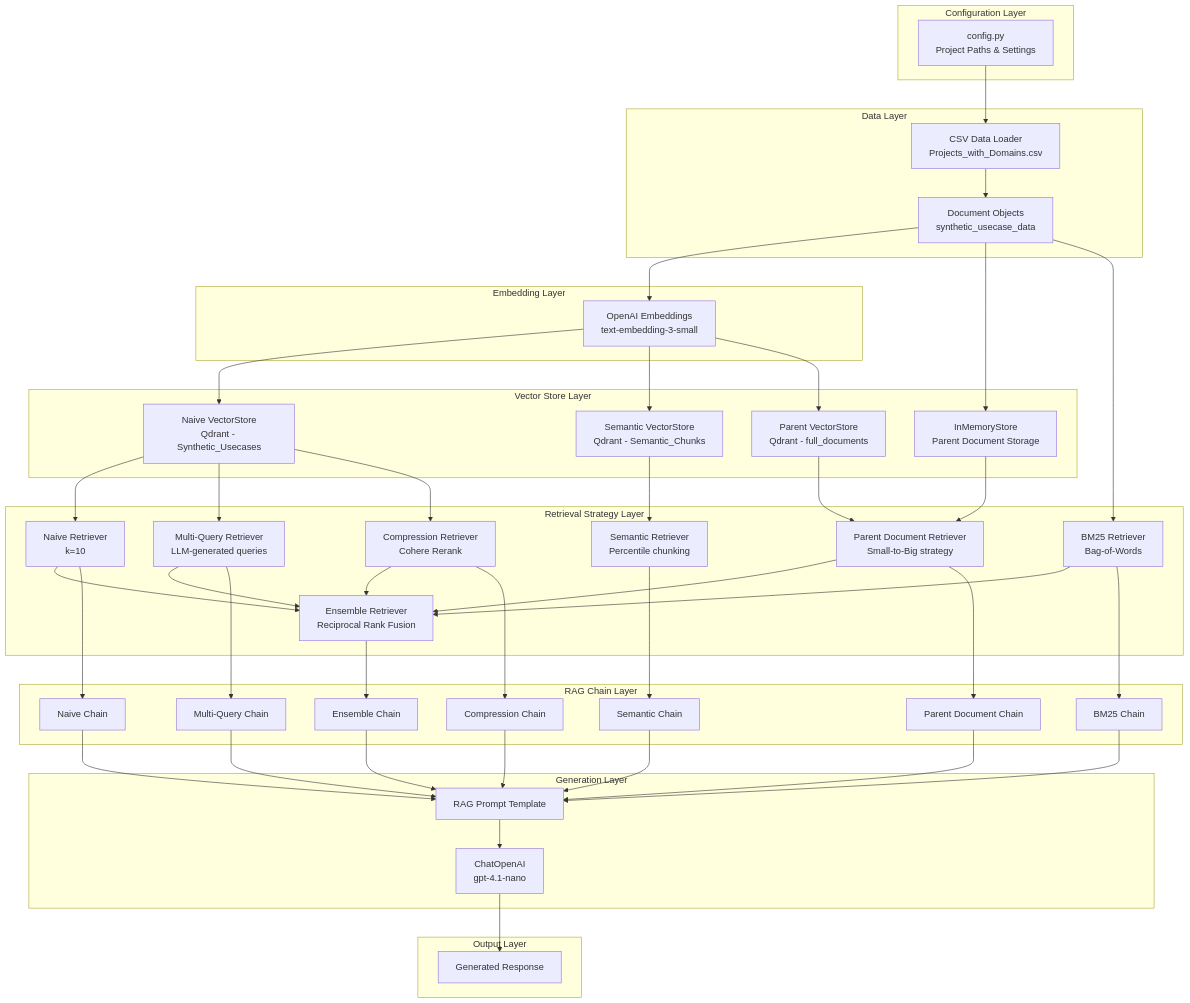
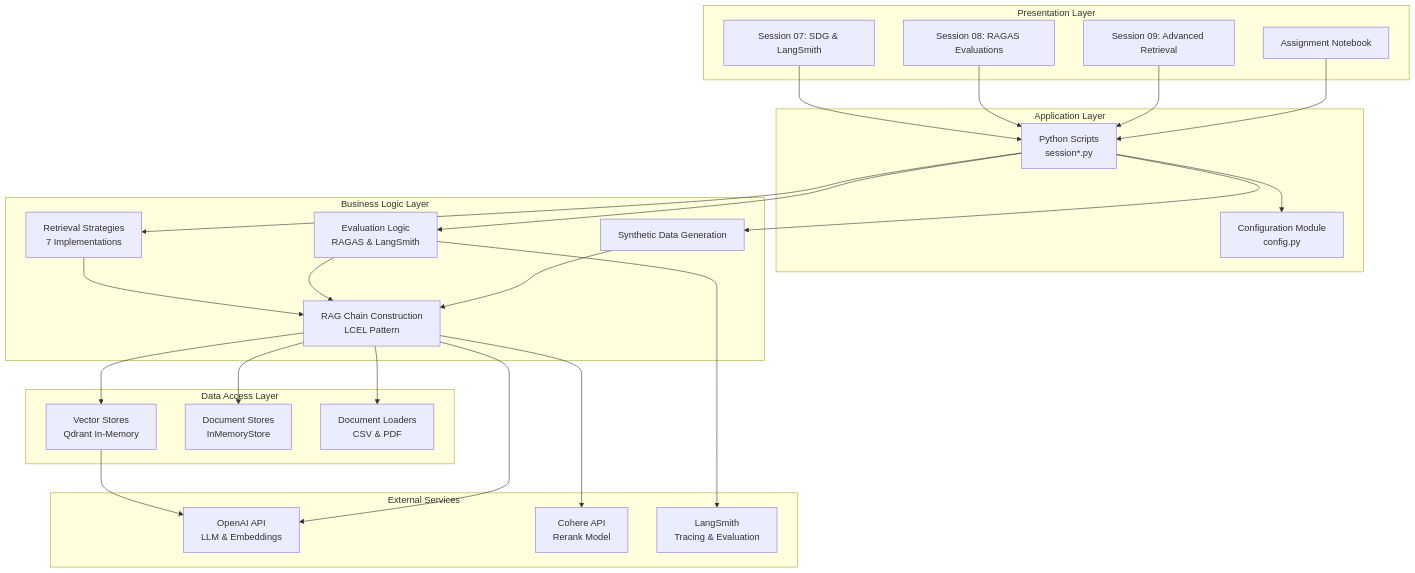
The first of 8 diagrams in architecture/diagrams/02_architecture_diagrams.md (don-aie-cohort8/aie8-s09-adv-retrieval), drawn with Mermaid before and after one commit. The commit also changed other lines of this file and 11 other files, not shown here.

````diff
--- a/architecture/diagrams/02_architecture_diagrams.md
+++ b/architecture/diagrams/02_architecture_diagrams.md
@@ -20,91 +7,56 @@
 ```mermaid
 graph TB
-    subgraph "Configuration Layer"
-        CONFIG[config.py<br/>Project Paths & Settings]
+    subgraph "Presentation Layer"
+        NB1[Session 07: SDG & LangSmith]
+        NB2[Session 08: RAGAS Evaluations]
+        NB3[Session 09: Advanced Retrieval]
+        ASSIGN[Assignment Notebook]
     end
 
-    subgraph "Data Layer"
-        CSV[CSV Data Loader<br/>Projects_with_Domains.csv]
-        DOCS[Document Objects<br/>synthetic_usecase_data]
+    subgraph "Application Layer"
+        CONFIG[Configuration Module<br/>config.py]
+        SCRIPTS[Python Scripts<br/>session*.py]
     end
 
-    subgraph "Embedding Layer"
-        EMBED[OpenAI Embeddings<br/>text-embedding-3-small]
+    subgraph "Business Logic Layer"
+        RETR[Retrieval Strategies<br/>7 Implementations]
+        EVAL[Evaluation Logic<br/>RAGAS & LangSmith]
+        SDG[Synthetic Data Generation]
+        CHAIN[RAG Chain Construction<br/>LCEL Pattern]
     end
 
-    subgraph "Vector Store Layer"
-        VS1[Naive VectorStore<br/>Qdrant - Synthetic_Usecases]
-        VS2[Semantic VectorStore<br/>Qdrant - Semantic_Chunks]
-        VS3[Parent VectorStore<br/>Qdrant - full_documents]
-        VS4[InMemoryStore<br/>Parent Document Storage]
+    subgraph "Data Access Layer"
+        VSTORE[Vector Stores<br/>Qdrant In-Memory]
+        DSTORE[Document Stores<br/>InMemoryStore]
+        LOADER[Document Loaders<br/>CSV & PDF]
     end
 
-    subgraph "Retrieval Strategy Layer"
-        R1[Naive Retriever<br/>k=10]
-        R2[BM25 Retriever<br/>Bag-of-Words]
-        R3[Multi-Query Retriever<br/>LLM-generated queries]
-        R4[Parent Document Retriever<br/>Small-to-Big strategy]
-        R5[Compression Retriever<br/>Cohere Rerank]
-        R6[Ensemble Retriever<br/>Reciprocal Rank Fusion]
-        R7[Semantic Retriever<br/>Percentile chunking]
+    subgraph "External Services"
+        OPENAI[OpenAI API<br/>LLM & Embeddings]
+        COHERE[Cohere API<br/>Rerank Model]
+        LANGSMITH[LangSmith<br/>Tracing & Evaluation]
     end
 
-    subgraph "RAG Chain Layer"
-        CHAIN1[Naive Chain]
-        CHAIN2[BM25 Chain]
-        CHAIN3[Multi-Query Chain]
-        CHAIN4[Parent Document Chain]
-        CHAIN5[Compression Chain]
-        CHAIN6[Ensemble Chain]
-        CHAIN7[Semantic Chain]
-    end
+    NB1 --> SCRIPTS
+    NB2 --> SCRIPTS
+    NB3 --> SCRIPTS
+    ASSIGN --> SCRIPTS
 
-    subgraph "Generation Layer"
-        LLM[ChatOpenAI<br/>gpt-4.1-nano]
-        PROMPT[RAG Prompt Template]
-    end
+    SCRIPTS --> CONFIG
+    SCRIPTS --> RETR
+    SCRIPTS --> EVAL
+    SCRIPTS --> SDG
 
-    subgraph "Output Layer"
-        RESPONSE[Generated Response]
-    end
+    RETR --> CHAIN
+    EVAL --> CHAIN
+    SDG --> CHAIN
 
-    CONFIG --> CSV
-    CSV --> DOCS
-    DOCS --> EMBED
-    EMBED --> VS1
-    EMBED --> VS2
-    EMBED --> VS3
-    DOCS --> VS4
+    CHAIN --> VSTORE
+    CHAIN --> DSTORE
+    CHAIN --> LOADER
 
-    VS1 --> R1
-    DOCS --> R2
-    VS1 --> R3
-    VS3 --> R4
-    VS4 --> R4
-    VS1 --> R5
-    VS2 --> R7
-    R1 --> R6
-    R2 --> R6
-    R3 --> R6
-    R4 --> R6
-    R5 --> R6
-
-    R1 --> CHAIN1
-    R2 --> CHAIN2
-    R3 --> CHAIN3
-    R4 --> CHAIN4
-    R5 --> CHAIN5
-    R6 --> CHAIN6
-    R7 --> CHAIN7
-
-    CHAIN1 --> PROMPT
-    CHAIN2 --> PROMPT
-    CHAIN3 --> PROMPT
-    CHAIN4 --> PROMPT
-    CHAIN5 --> PROMPT
-    CHAIN6 --> PROMPT
-    CHAIN7 --> PROMPT
-
-    PROMPT --> LLM
-    LLM --> RESPONSE
+    VSTORE --> OPENAI
+    CHAIN --> OPENAI
+    CHAIN --> COHERE
+    EVAL --> LANGSMITH
 ```
````
